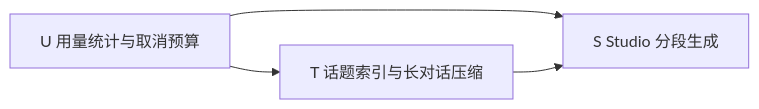
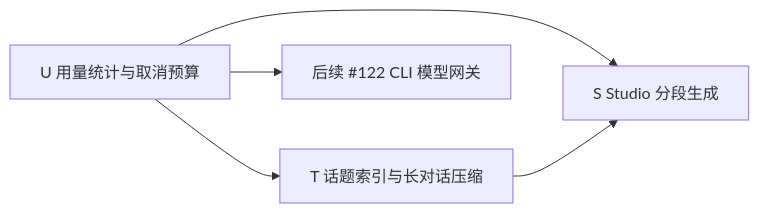
One commit to ErzerLP/edu-agent changed the diagram in docs/design/learning-generation-shape.md. Above: the diagram before and after it, drawn with Mermaid. The commit also changed other lines of this file and 9 other files, not shown here.

````diff
--- a/docs/design/learning-generation-shape.md
+++ b/docs/design/learning-generation-shape.md
@@ -17,6 +18,7 @@
 ```mermaid
 flowchart LR
     U[U 用量统计与取消预算] --> T[T 话题索引与长对话压缩]
     U --> S[S Studio 分段生成]
     T --> S
+    U --> G[后续 #122 CLI 模型网关]
 ```
````
